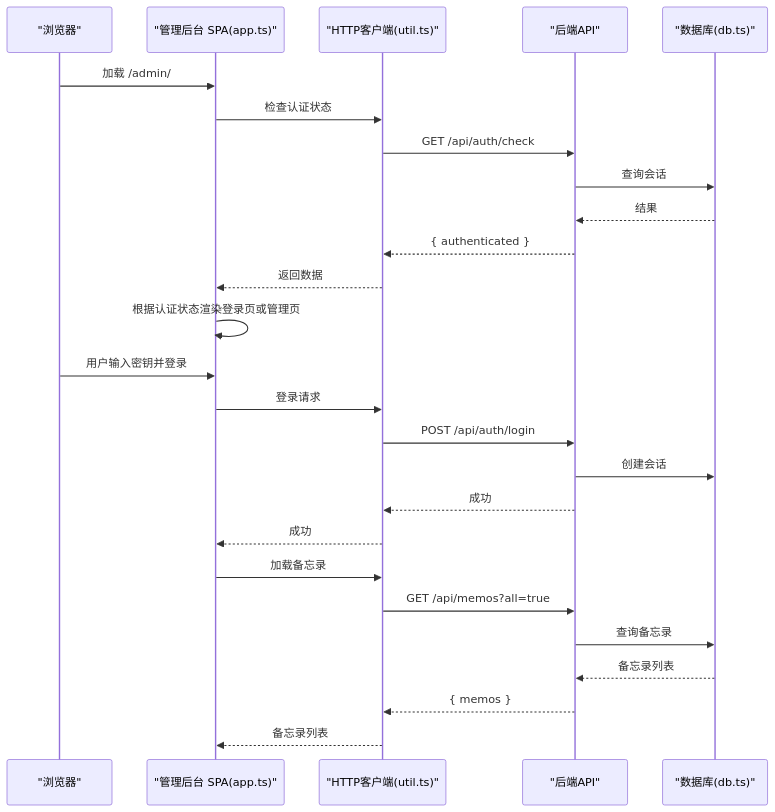
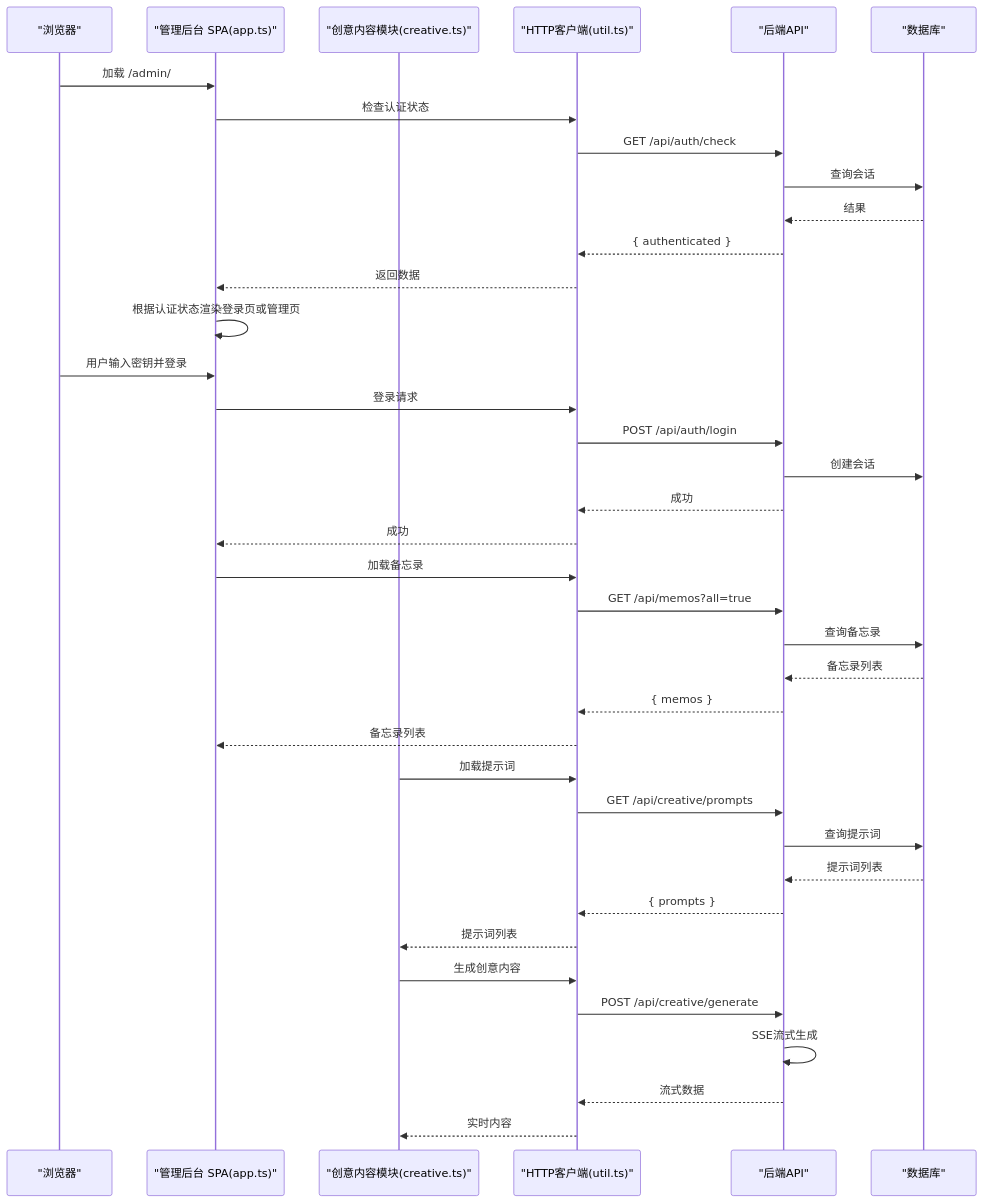
The second of 6 diagrams in .qoder/repowiki/zh/content/核心功能/管理后台系统.md (BlackBoxRecorder/memos), drawn with Mermaid before and after one commit. The commit also changed other lines of this file and 6 other files, not shown here.

````diff
--- a/.qoder/repowiki/zh/content/核心功能/管理后台系统.md
+++ b/.qoder/repowiki/zh/content/核心功能/管理后台系统.md
@@ -111,28 +127,40 @@
 ```mermaid
 sequenceDiagram
 participant Browser as "浏览器"
 participant Admin as "管理后台 SPA(app.ts)"
+participant Creative as "创意内容模块(creative.ts)"
 participant Util as "HTTP客户端(util.ts)"
 participant API as "后端API"
-participant DB as "数据库(db.ts)"
+participant DB as "数据库"
 Browser->>Admin : 加载 /admin/
 Admin->>Util : 检查认证状态
 Util->>API : GET /api/auth/check
 API->>DB : 查询会话
 DB-->>API : 结果
 API-->>Util : { authenticated }
 Util-->>Admin : 返回数据
 Admin->>Admin : 根据认证状态渲染登录页或管理页
 Browser->>Admin : 用户输入密钥并登录
 Admin->>Util : 登录请求
 Util->>API : POST /api/auth/login
 API->>DB : 创建会话
 API-->>Util : 成功
 Util-->>Admin : 成功
 Admin->>Util : 加载备忘录
 Util->>API : GET /api/memos?all=true
 API->>DB : 查询备忘录
 DB-->>API : 备忘录列表
 API-->>Util : { memos }
 Util-->>Admin : 备忘录列表
+Creative->>Util : 加载提示词
+Util->>API : GET /api/creative/prompts
+API->>DB : 查询提示词
+DB-->>API : 提示词列表
+API-->>Util : { prompts }
+Util-->>Creative : 提示词列表
+Creative->>Util : 生成创意内容
+Util->>API : POST /api/creative/generate
+API->>API : SSE流式生成
+API-->>Util : 流式数据
+Util-->>Creative : 实时内容
 ```
````
